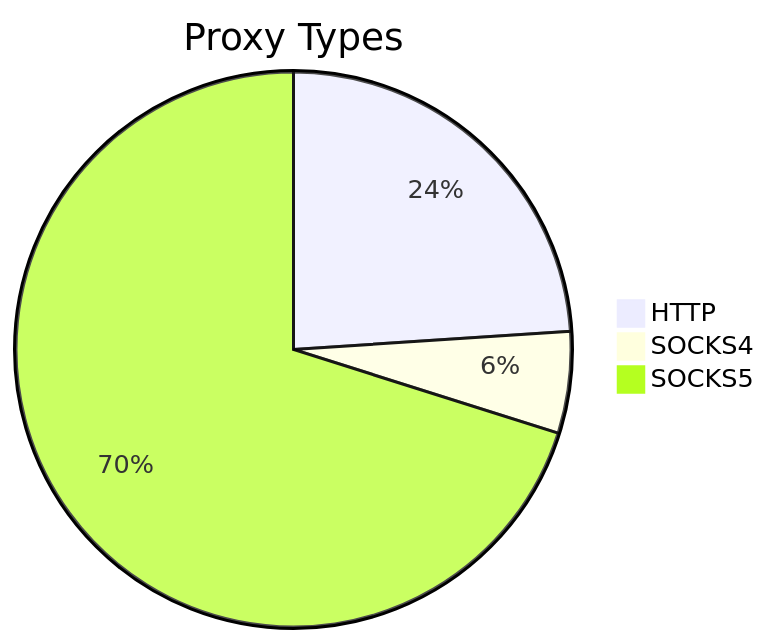
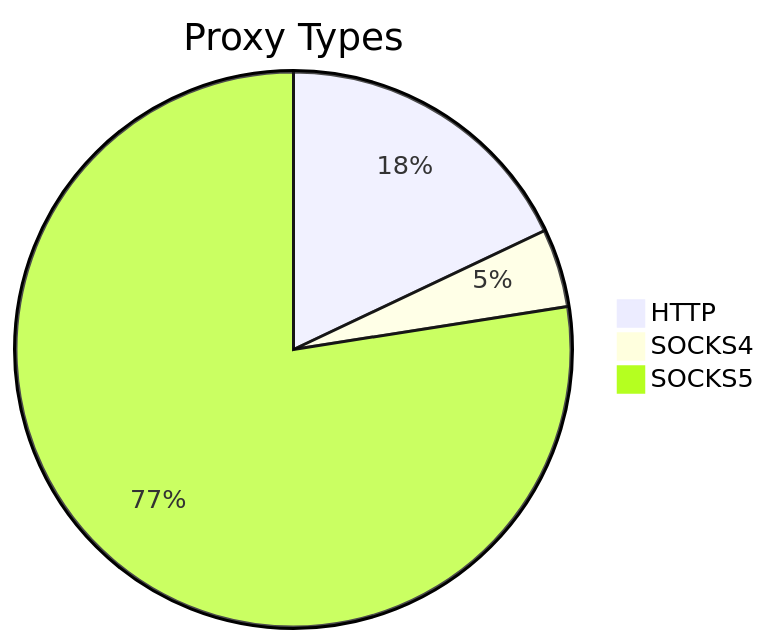
The first of 2 diagrams in README.md (stormsia/proxy-list), drawn with Mermaid before and after one commit. The commit also changed other lines of this file, not shown here.

````diff
--- a/README.md
+++ b/README.md
@@ -21,6 +21,6 @@
 ```mermaid
 pie title Proxy Types
-    "HTTP" : 263
-    "SOCKS4" : 65
-    "SOCKS5" : 770
+    "HTTP" : 134
+    "SOCKS4" : 34
+    "SOCKS5" : 578
 ```
````
